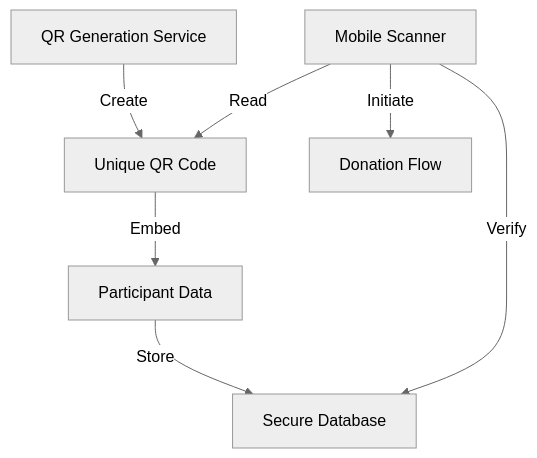
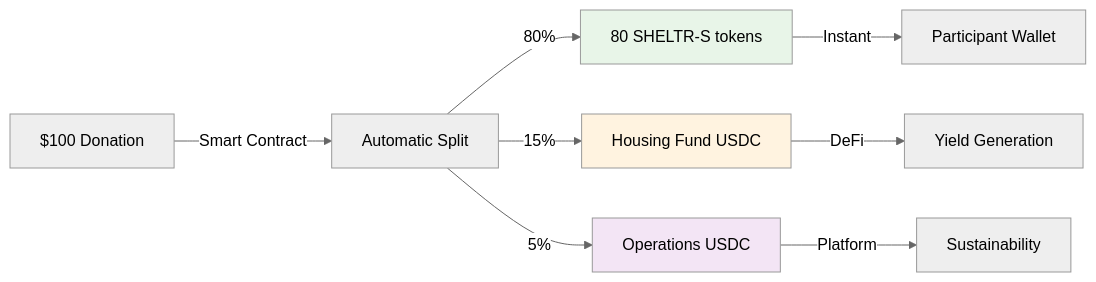
The second of 4 diagrams in docs/02-architecture/whitepaper_final.md (mrj0nesmtl/sheltr-ai), drawn with Mermaid (neutral theme) before and after one commit. The commit also changed other lines of this file and 25 other files, not shown here.

````diff
--- a/docs/02-architecture/whitepaper_final.md
+++ b/docs/02-architecture/whitepaper_final.md
@@ -244,9 +221,15 @@
 ```mermaid
-graph TB
-    A[QR Generation Service] -->|Create| B[Unique QR Code]
-    B -->|Embed| C[Participant Data]
-    C -->|Store| D[Secure Database]
-    E[Mobile Scanner] -->|Read| B
-    E -->|Verify| D
-    E -->|Initiate| F[Donation Flow]
+graph LR
+    A[$100 Donation] -->|Smart Contract| B[Automatic Split]
+    B -->|80%| C[80 SHELTR-S tokens]
+    B -->|15%| D[Housing Fund USDC]
+    B -->|5%| E[Operations USDC]
+    
+    C -->|Instant| F[Participant Wallet]
+    D -->|DeFi| G[Yield Generation]
+    E -->|Platform| H[Sustainability]
+    
+    style C fill:#e8f5e8
+    style D fill:#fff3e0
+    style E fill:#f3e5f5
 ```
````
